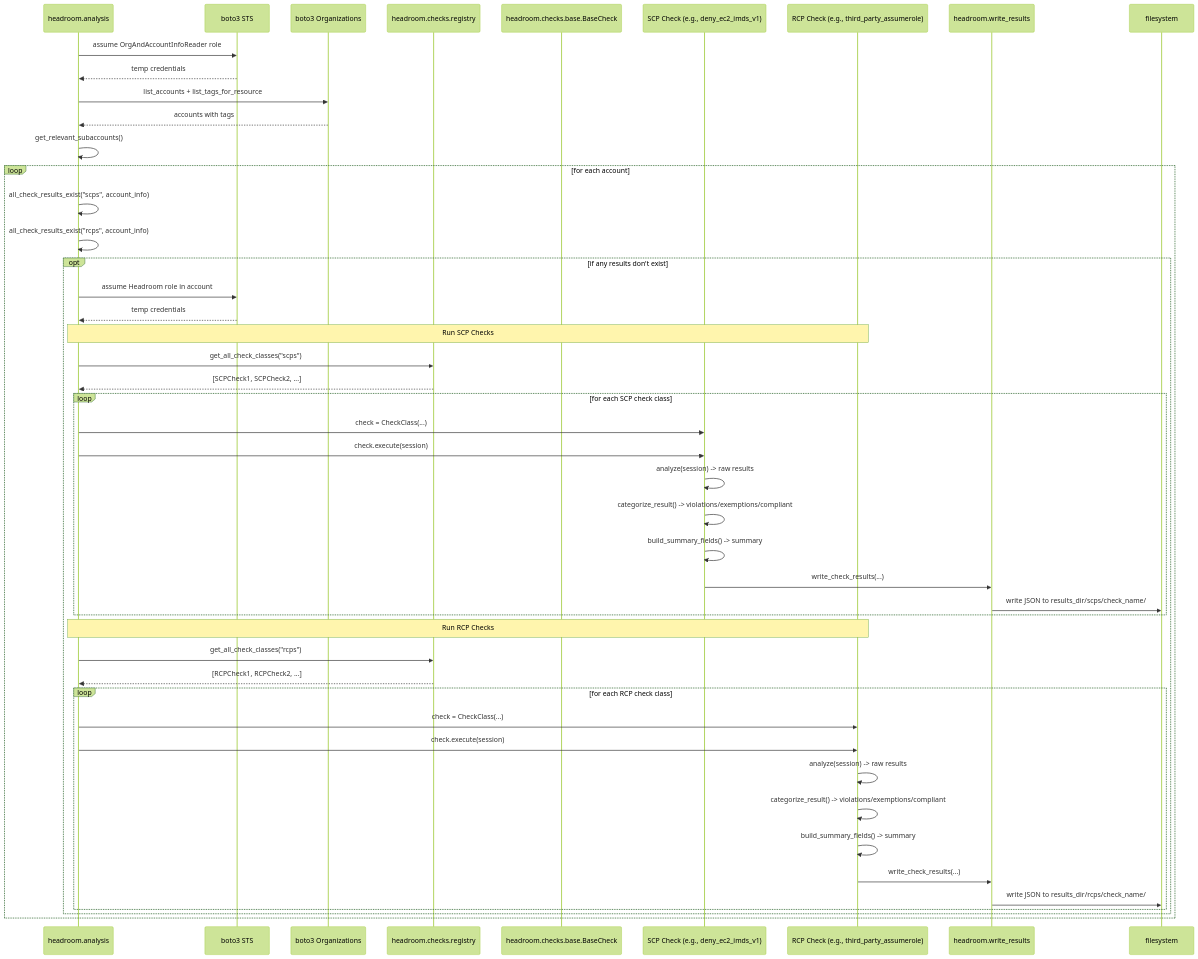
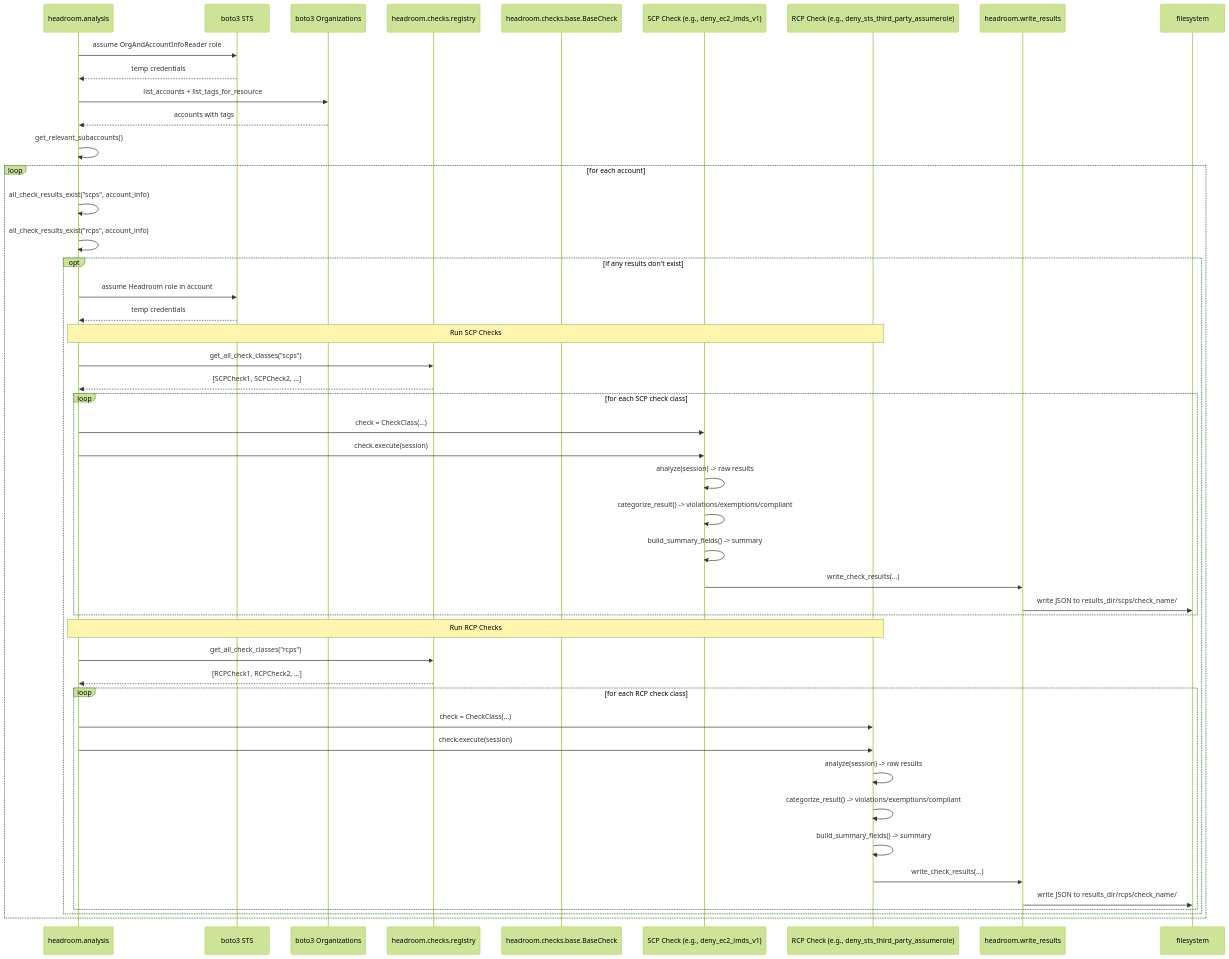
The second of 4 diagrams in documentation/mermaid_diagrams/sequences.md (discocrayon/Headroom), drawn with Mermaid (forest theme) before and after one commit. The commit also changed other lines of this file and 41 other files, not shown here.

````diff
--- a/documentation/mermaid_diagrams/sequences.md
+++ b/documentation/mermaid_diagrams/sequences.md
@@ -51,52 +51,52 @@
 ```mermaid
 sequenceDiagram
   participant Analysis as headroom.analysis
   participant STS as boto3 STS
   participant Orgs as boto3 Organizations
   participant Registry as headroom.checks.registry
   participant BaseCheck as headroom.checks.base.BaseCheck
   participant SCPCheck as SCP Check (e.g., deny_ec2_imds_v1)
-  participant RCPCheck as RCP Check (e.g., third_party_assumerole)
+  participant RCPCheck as RCP Check (e.g., deny_sts_third_party_assumerole)
   participant WriteResults as headroom.write_results
   participant FS as filesystem
 
   Analysis->>STS: assume OrgAndAccountInfoReader role
   STS-->>Analysis: temp credentials
   Analysis->>Orgs: list_accounts + list_tags_for_resource
   Orgs-->>Analysis: accounts with tags
   Analysis->>Analysis: get_relevant_subaccounts()
   loop for each account
     Analysis->>Analysis: all_check_results_exist("scps", account_info)
     Analysis->>Analysis: all_check_results_exist("rcps", account_info)
     opt if any results don't exist
       Analysis->>STS: assume Headroom role in account
       STS-->>Analysis: temp credentials
 
       Note over Analysis,RCPCheck: Run SCP Checks
       Analysis->>Registry: get_all_check_classes("scps")
       Registry-->>Analysis: [SCPCheck1, SCPCheck2, ...]
       loop for each SCP check class
         Analysis->>SCPCheck: check = CheckClass(...)
         Analysis->>SCPCheck: check.execute(session)
         SCPCheck->>SCPCheck: analyze(session) -> raw results
         SCPCheck->>SCPCheck: categorize_result() -> violations/exemptions/compliant
         SCPCheck->>SCPCheck: build_summary_fields() -> summary
         SCPCheck->>WriteResults: write_check_results(...)
         WriteResults->>FS: write JSON to results_dir/scps/check_name/
       end
 
       Note over Analysis,RCPCheck: Run RCP Checks
       Analysis->>Registry: get_all_check_classes("rcps")
       Registry-->>Analysis: [RCPCheck1, RCPCheck2, ...]
       loop for each RCP check class
         Analysis->>RCPCheck: check = CheckClass(...)
         Analysis->>RCPCheck: check.execute(session)
         RCPCheck->>RCPCheck: analyze(session) -> raw results
         RCPCheck->>RCPCheck: categorize_result() -> violations/exemptions/compliant
         RCPCheck->>RCPCheck: build_summary_fields() -> summary
         RCPCheck->>WriteResults: write_check_results(...)
         WriteResults->>FS: write JSON to results_dir/rcps/check_name/
       end
     end
   end
 ```
````
